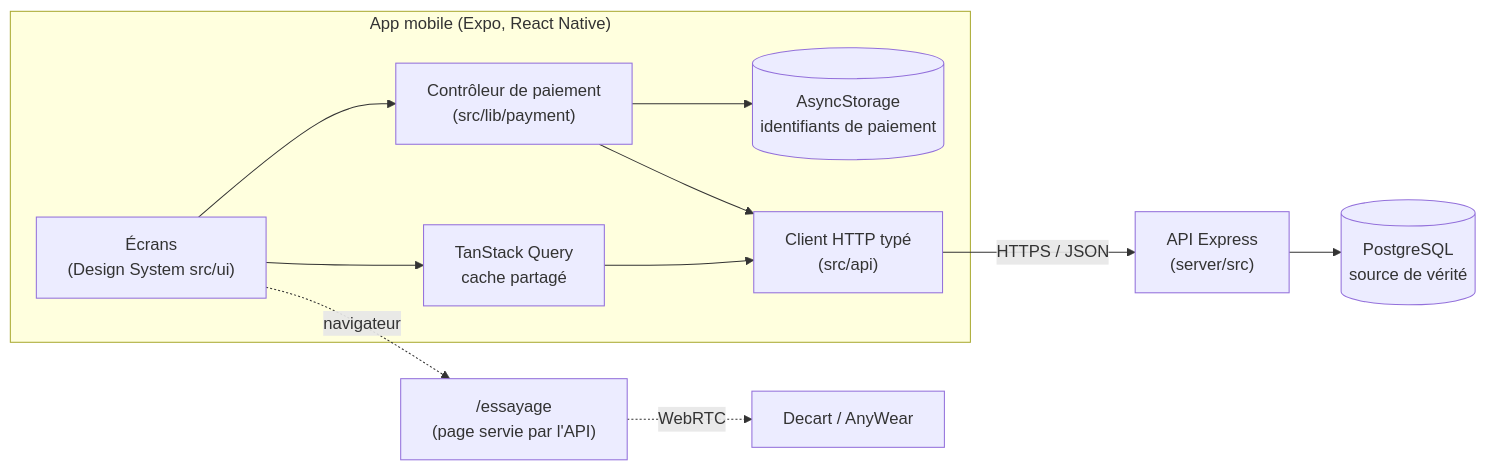
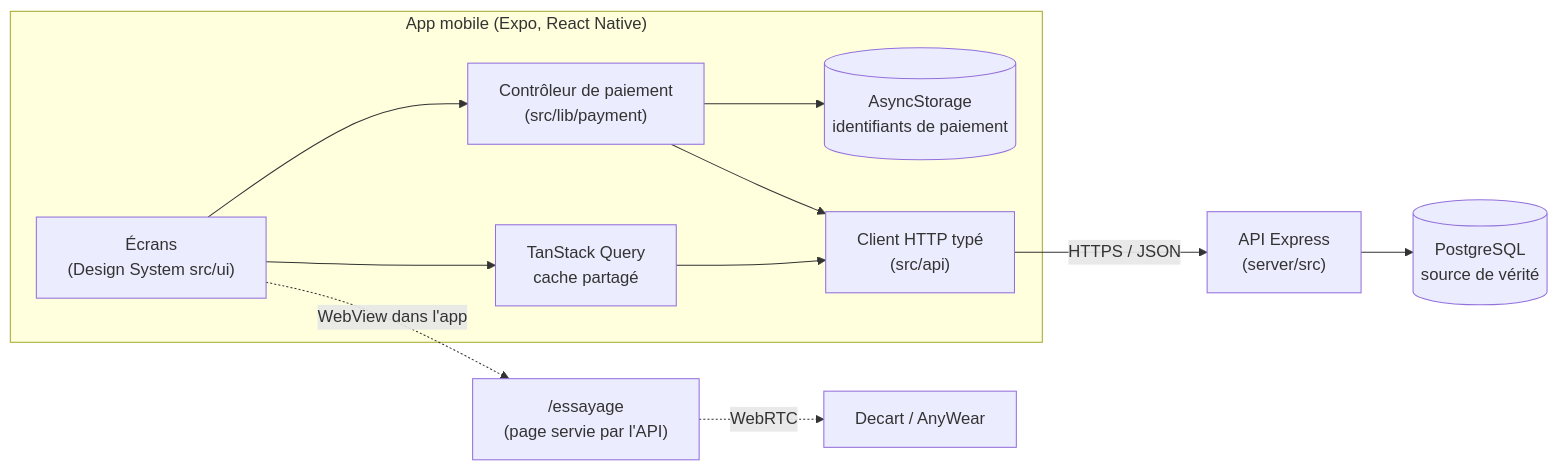
One commit to Risthan/ziko-shop changed the first of 2 diagrams in README.md. Above: the diagram before and after it, drawn with Mermaid. The commit also changed other lines of this file, not shown here.

Commit message:
docs: document the cart, multi-item orders and the in-app try-on

````diff
--- a/README.md
+++ b/README.md
@@ -121,14 +121,14 @@
 ```mermaid
 flowchart LR
   subgraph App["App mobile (Expo, React Native)"]
     UI["Écrans<br/>(Design System src/ui)"] --> Q["TanStack Query<br/>cache partagé"]
     UI --> P["Contrôleur de paiement<br/>(src/lib/payment)"]
     P --> S[("AsyncStorage<br/>identifiants de paiement")]
     Q --> C["Client HTTP typé<br/>(src/api)"]
     P --> C
   end
   C -- HTTPS / JSON --> API["API Express<br/>(server/src)"]
   API --> DB[("PostgreSQL<br/>source de vérité")]
-  UI -. navigateur .-> T["/essayage<br/>(page servie par l'API)"]
+  UI -. WebView dans l'app .-> T["/essayage<br/>(page servie par l'API)"]
   T -. WebRTC .-> D["Decart / AnyWear"]
 ```
````
